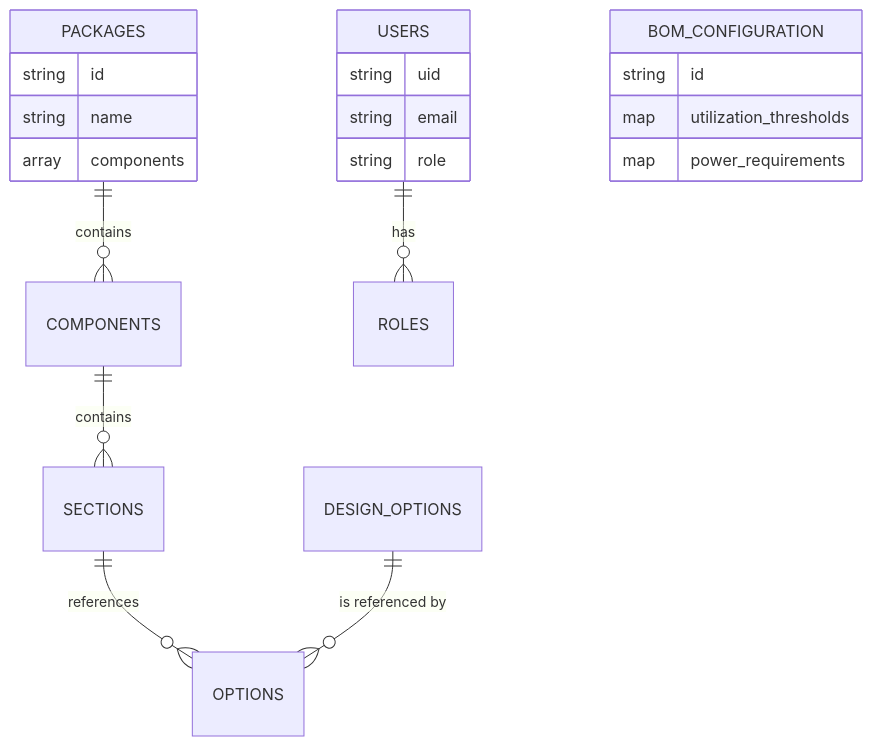
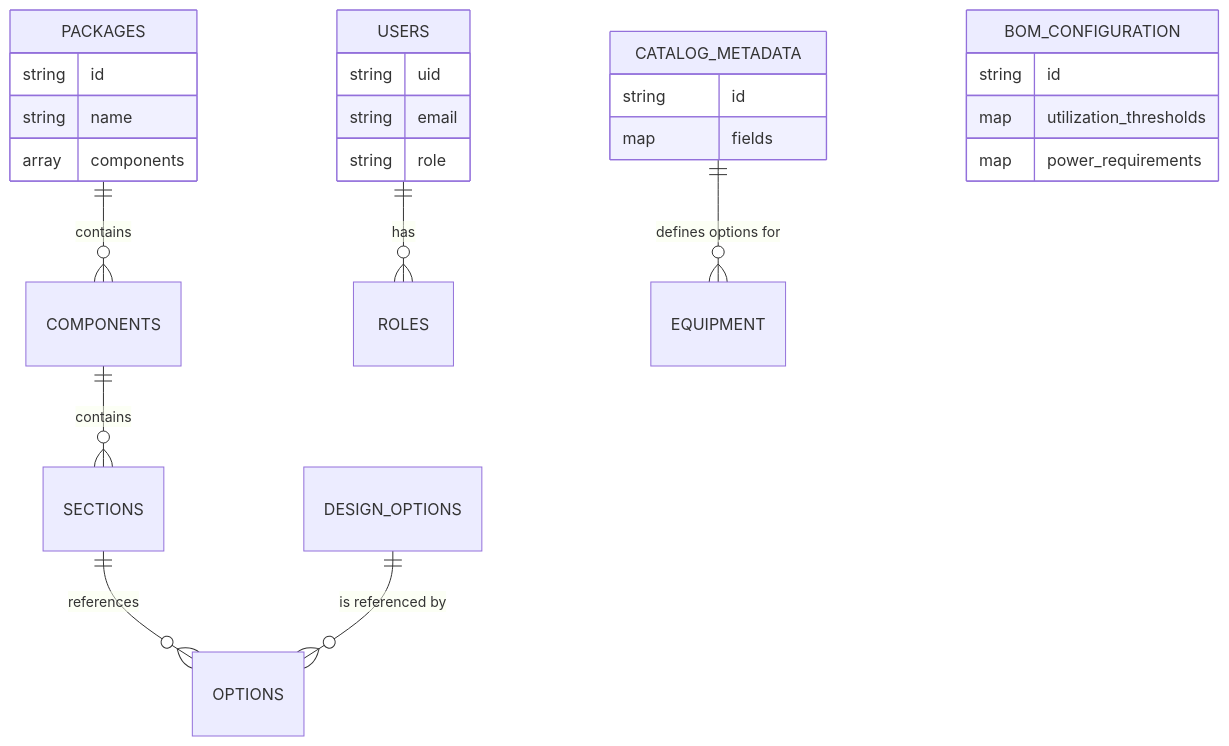
One commit to wslugger/zippy-builder-v2 changed the second of 4 diagrams in ARCHITECTURE.md. Above: the diagram before and after it, drawn with Mermaid. The commit also changed other lines of this file and 33 other files, not shown here.

Commit message:
feat: implement dynamic equipment metadata and ai ingestion improvements

````diff
--- a/ARCHITECTURE.md
+++ b/ARCHITECTURE.md
@@ -45,24 +45,29 @@
 ```mermaid
 erDiagram
     PACKAGES ||--o{ COMPONENTS : contains
     COMPONENTS ||--o{ SECTIONS : contains
     SECTIONS ||--o{ OPTIONS : references
     DESIGN_OPTIONS ||--o{ OPTIONS : "is referenced by"
     USERS ||--o{ ROLES : has
-    
+    CATALOG_METADATA ||--o{ EQUIPMENT : "defines options for"
+
     PACKAGES {
         string id
         string name
         array components
     }
     USERS {
         string uid
         string email
         string role
     }
     BOM_CONFIGURATION {
         string id
         map utilization_thresholds
         map power_requirements
     }
+    CATALOG_METADATA {
+        string id
+        map fields
+    }
 ```
````
